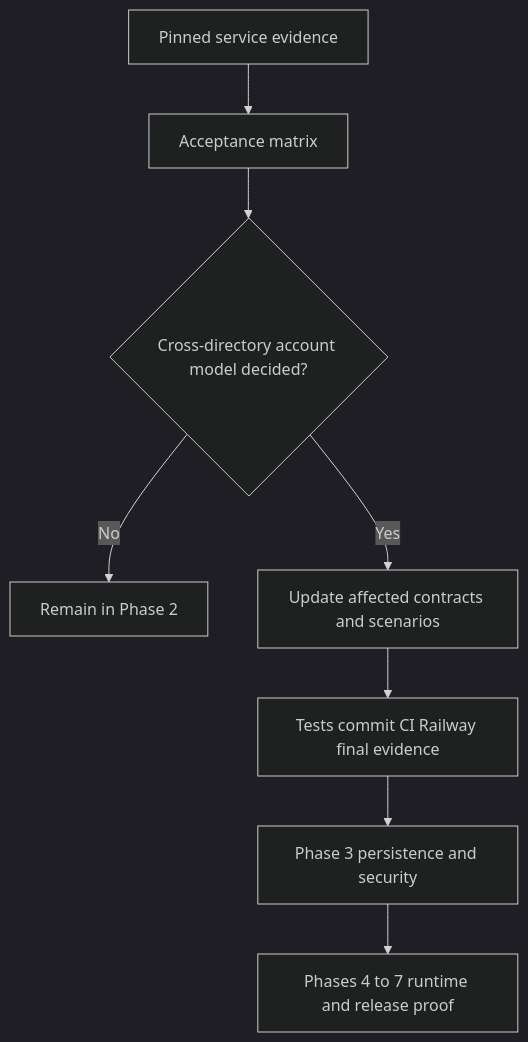
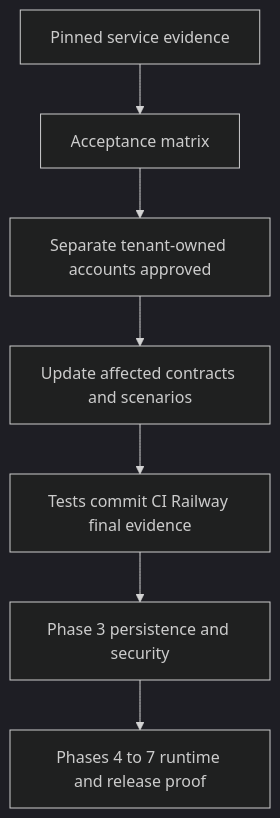
The diagram in docs/content/evidence/phase-2-acceptance.md (techsavvyash/heimdall), drawn with Mermaid (dark theme) before and after one commit. The commit also changed other lines of this file and 4 other files, not shown here.

Commit message:
Adopt tenant-owned accounts and resolve Phase 2 design gate

````diff
--- a/docs/content/evidence/phase-2-acceptance.md
+++ b/docs/content/evidence/phase-2-acceptance.md
@@ -35,10 +35,9 @@
 ```mermaid
 flowchart TD
   Proof[Pinned service evidence] --> Audit[Acceptance matrix]
-  Audit --> Choice{Cross-directory account model decided?}
-  Choice -->|No| Stay[Remain in Phase 2]
-  Choice -->|Yes| Update[Update affected contracts and scenarios]
+  Audit --> Choice[Separate tenant-owned accounts approved]
+  Choice --> Update[Update affected contracts and scenarios]
   Update --> Gate[Tests commit CI Railway final evidence]
   Gate --> Foundation[Phase 3 persistence and security]
   Foundation --> Integration[Phases 4 to 7 runtime and release proof]
 ```
````
